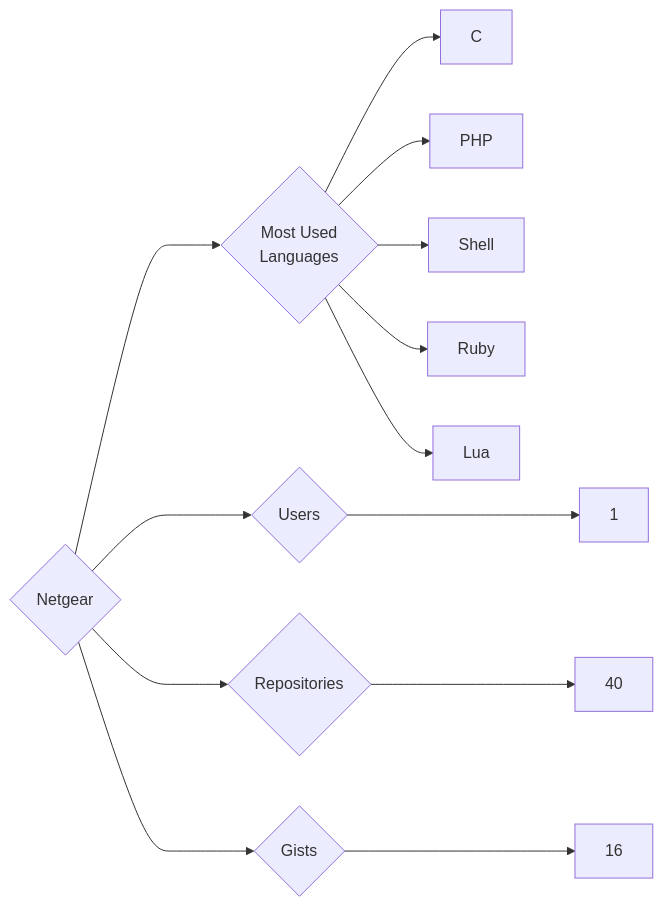
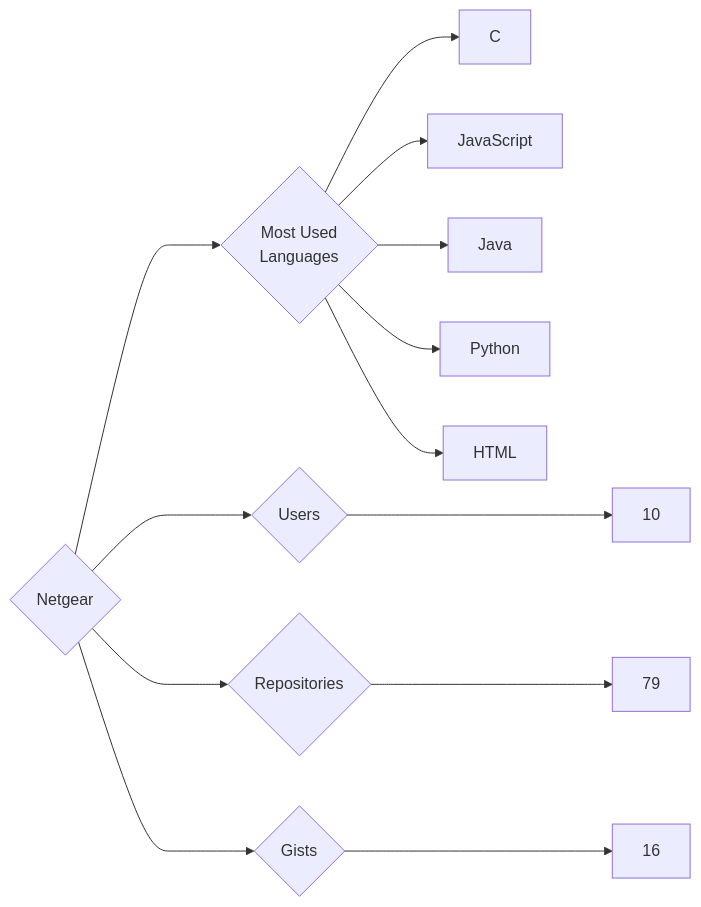
Before and after one commit to trickest/insiders: the diagram in targets/Netgear/README.md, drawn with Mermaid. The commit also changed 878 other files, not shown here.

````diff
--- a/targets/Netgear/README.md
+++ b/targets/Netgear/README.md
@@ -3,13 +3,13 @@
 ```mermaid
 graph LR
 COMPANY_NAME{Netgear}
-COMPANY_NAME ---> U{Users} ---> UN[1]
-COMPANY_NAME ---> R{Repositories} ---> RN[40]
+COMPANY_NAME ---> U{Users} ---> UN[10]
+COMPANY_NAME ---> R{Repositories} ---> RN[79]
 COMPANY_NAME ---> G{Gists} ---> GN[16]
 COMPANY_NAME ---> ML{Most Used<br>Languages}
 ML --> C[C]
-ML --> PHP[PHP]
-ML --> Shell[Shell]
-ML --> Ruby[Ruby]
-ML --> Lua[Lua]
+ML --> JavaScript[JavaScript]
+ML --> Java[Java]
+ML --> Python[Python]
+ML --> HTML[HTML]
 ```
````
